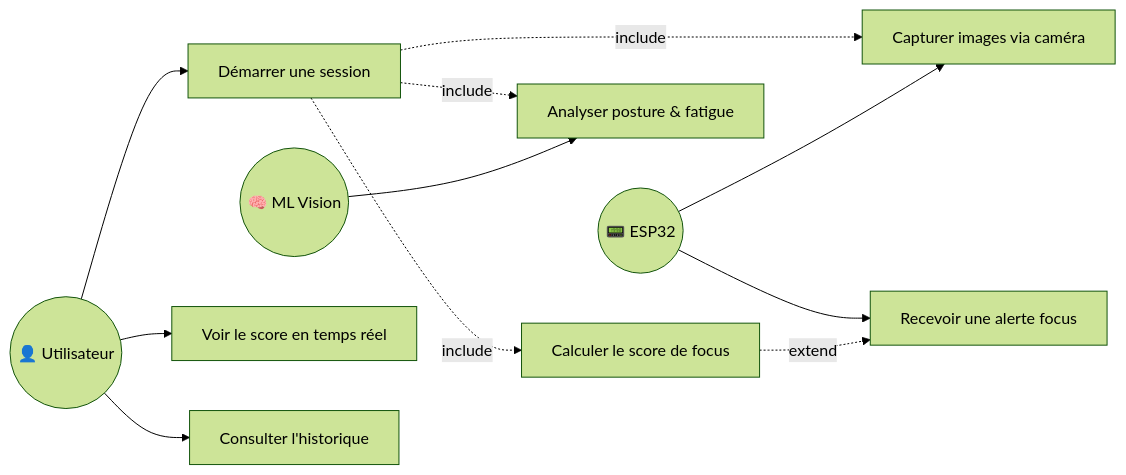
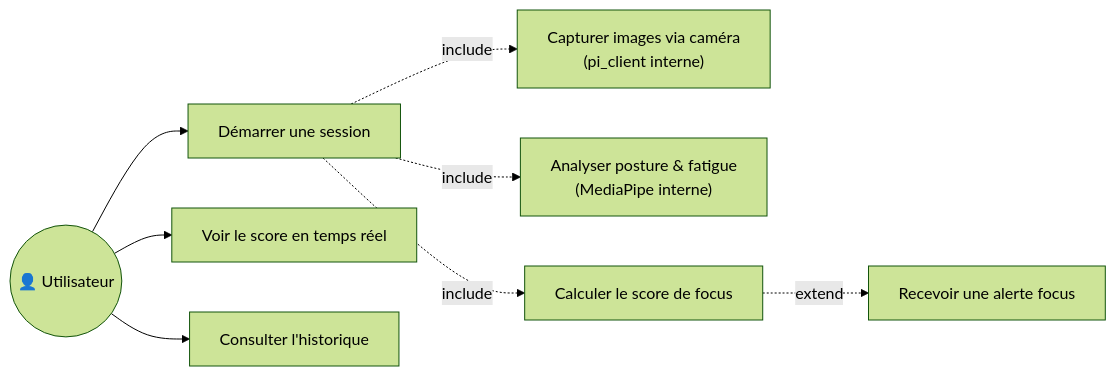
One commit to Jkacem/smart_focus changed the fourth of 12 diagrams in docs/Conception_CasUtilisation.md. Above: the diagram before and after it, drawn with Mermaid (forest theme). The commit also changed other lines of this file and 93 other files, not shown here.

````diff
--- a/docs/Conception_CasUtilisation.md
+++ b/docs/Conception_CasUtilisation.md
@@ -246,30 +225,23 @@
 ```mermaid
 graph LR
     User(("👤 Utilisateur"))
-    ESP32(("📟 ESP32"))
-    ML(("🧠 ML Vision"))
 
     UC4["Démarrer une session"]
     UC5["Voir le score en temps réel"]
     UC6["Recevoir une alerte focus"]
     UC7["Consulter l'historique"]
 
-    UC4a["Capturer images via caméra"]
-    UC4b["Analyser posture & fatigue"]
+    UC4a["Capturer images via caméra\n(pi_client interne)"]
+    UC4b["Analyser posture & fatigue\n(MediaPipe interne)"]
     UC4c["Calculer le score de focus"]
 
     User --> UC4
     User --> UC5
     User --> UC7
 
-    ESP32 --> UC4a
-    ML --> UC4b
-
     UC4 -.->|include| UC4a
     UC4 -.->|include| UC4b
     UC4 -.->|include| UC4c
 
     UC4c -.->|extend| UC6
-
-    ESP32 --> UC6
 ```
````
